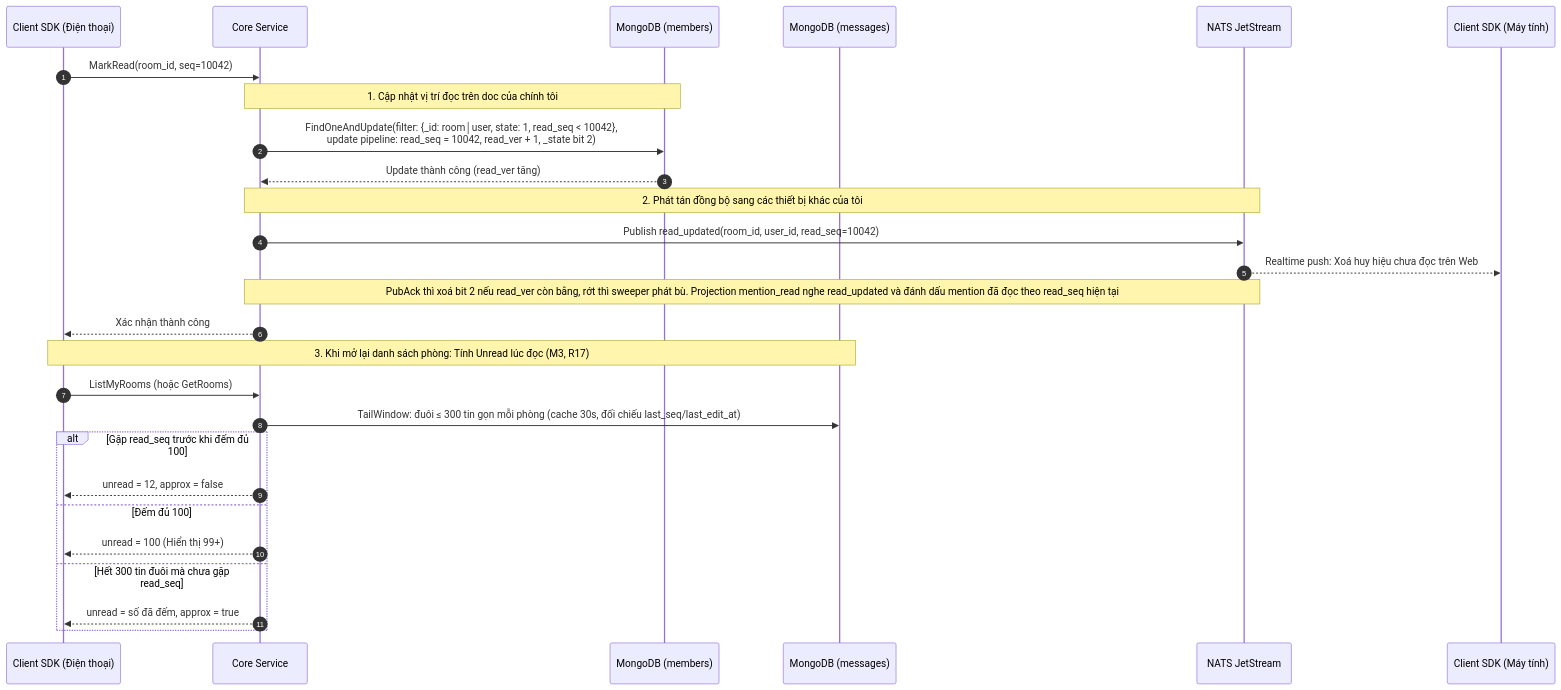
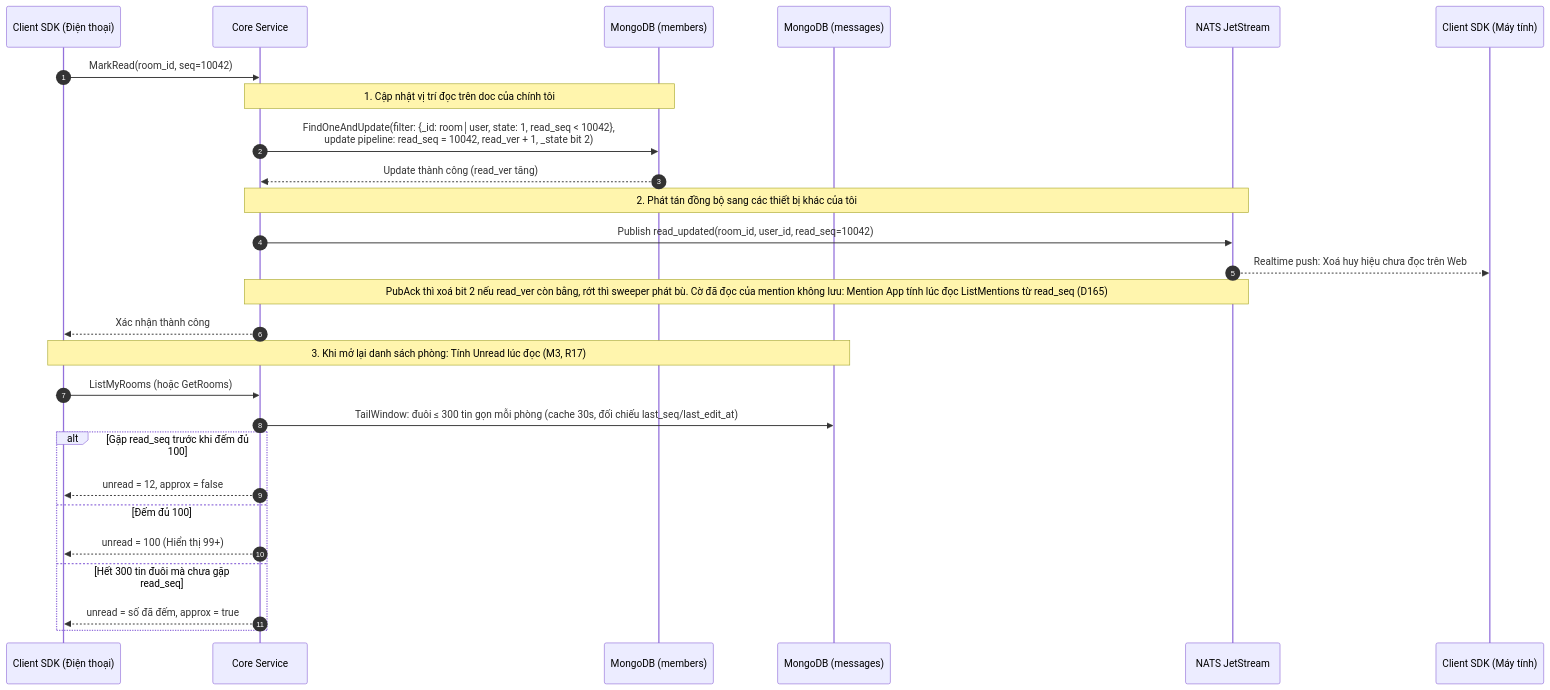
Before and after one commit to ivannguyendev/chatim: the second of 2 diagrams in docs/modules/07-feature-read-receipts-and-unread-badge.md, drawn with Mermaid. The commit also changed other lines of this file and 12 other files, not shown here.

First line of the commit message:
docs: record Mention App as built

````diff
--- a/docs/modules/07-feature-read-receipts-and-unread-badge.md
+++ b/docs/modules/07-feature-read-receipts-and-unread-badge.md
@@ -46,34 +46,34 @@
 ```mermaid
 sequenceDiagram
     autonumber
     participant Client as Client SDK (Điện thoại)
     participant Core as Core Service
     participant Members as MongoDB (members)
     participant Msgs as MongoDB (messages)
     participant NATS as NATS JetStream
     participant WebClient as Client SDK (Máy tính)
 
     Client->>Core: MarkRead(room_id, seq=10042)
 
     Note over Core,Members: 1. Cập nhật vị trí đọc trên doc của chính tôi
     Core->>Members: FindOneAndUpdate(filter: {_id: room│user, state: 1, read_seq < 10042},<br/>update pipeline: read_seq = 10042, read_ver + 1, _state bit 2)
     Members-->>Core: Update thành công (read_ver tăng)
 
     Note over Core,NATS: 2. Phát tán đồng bộ sang các thiết bị khác của tôi
     Core->>NATS: Publish read_updated(room_id, user_id, read_seq=10042)
     NATS-->>WebClient: Realtime push: Xoá huy hiệu chưa đọc trên Web
-    Note over Core,NATS: PubAck thì xoá bit 2 nếu read_ver còn bằng, rớt thì sweeper phát bù. Projection mention_read nghe read_updated và đánh dấu mention đã đọc theo read_seq hiện tại
+    Note over Core,NATS: PubAck thì xoá bit 2 nếu read_ver còn bằng, rớt thì sweeper phát bù. Cờ đã đọc của mention không lưu: Mention App tính lúc đọc ListMentions từ read_seq (D165)
 
     Core-->>Client: Xác nhận thành công
 
     Note over Client,Msgs: 3. Khi mở lại danh sách phòng: Tính Unread lúc đọc (M3, R17)
     Client->>Core: ListMyRooms (hoặc GetRooms)
     Core->>Msgs: TailWindow: đuôi ≤ 300 tin gọn mỗi phòng (cache 30s, đối chiếu last_seq/last_edit_at)
     alt Gặp read_seq trước khi đếm đủ 100
         Core-->>Client: unread = 12, approx = false
     else Đếm đủ 100
         Core-->>Client: unread = 100 (Hiển thị 99+)
     else Hết 300 tin đuôi mà chưa gặp read_seq
         Core-->>Client: unread = số đã đếm, approx = true
     end
 ```
````
